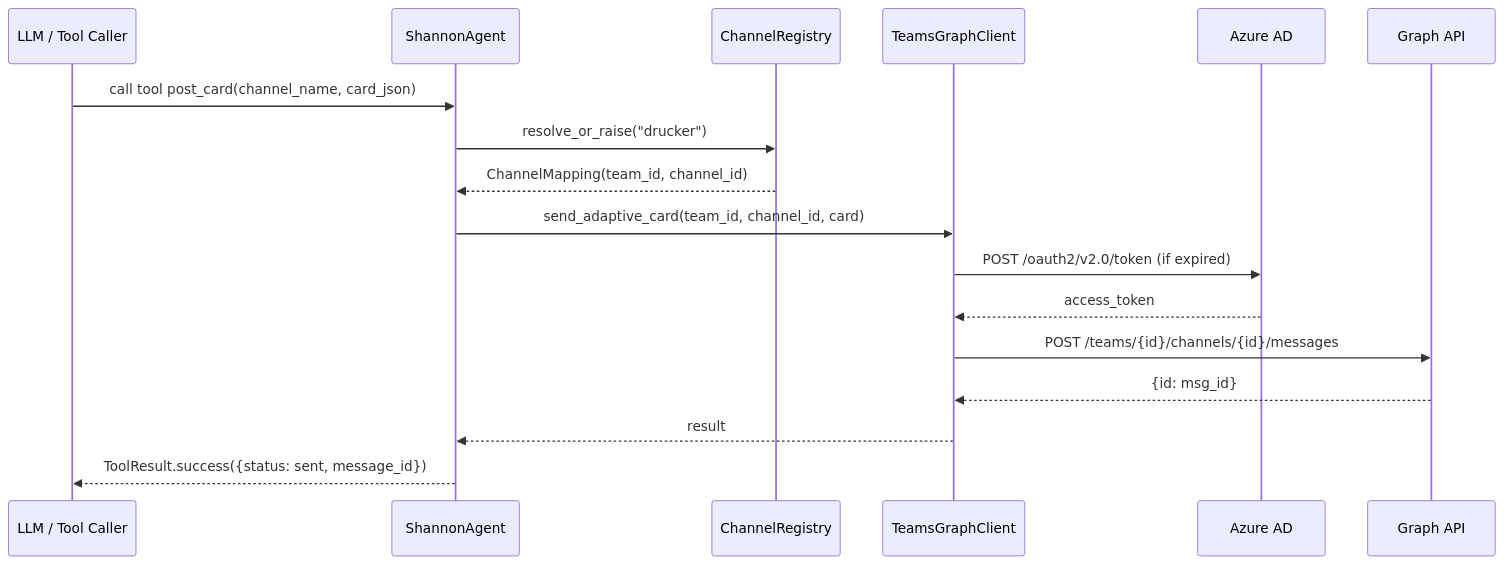
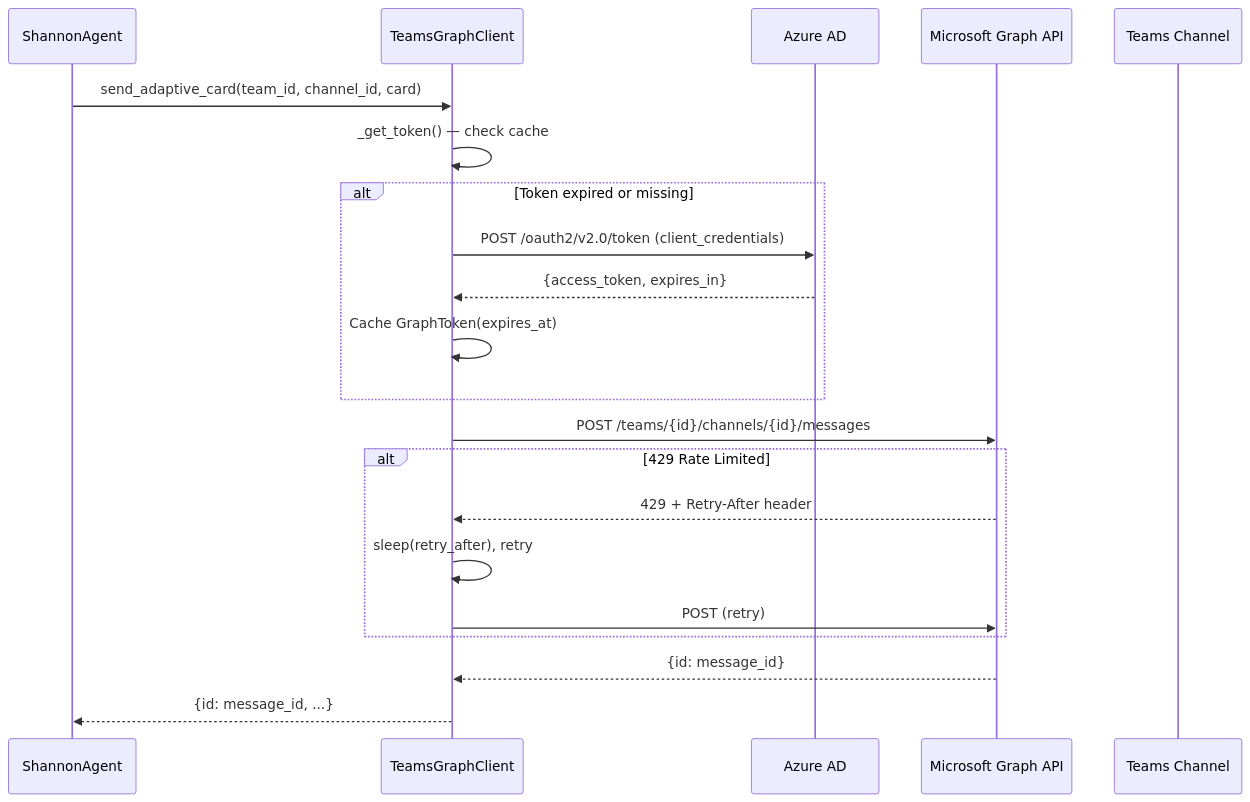
Before and after one commit to jmac-cornelis/agent-workforce: the fourth of 4 diagrams in docs/agents-shannon.md, drawn with Mermaid. The commit also changed other lines of this file and 8 other files, not shown here.

````diff
--- a/docs/agents-shannon.md
+++ b/docs/agents-shannon.md
@@ -154,20 +168,24 @@
 ```mermaid
 sequenceDiagram
-    participant LLM as LLM / Tool Caller
     participant SA as ShannonAgent
-    participant REG as ChannelRegistry
     participant GC as TeamsGraphClient
-    participant AZURE as Azure AD
-    participant GRAPH as Graph API
+    participant AAD as Azure AD
+    participant GRAPH as Microsoft Graph API
+    participant T as Teams Channel
 
-    LLM->>SA: call tool post_card(channel_name, card_json)
-    SA->>REG: resolve_or_raise("drucker")
-    REG-->>SA: ChannelMapping(team_id, channel_id)
     SA->>GC: send_adaptive_card(team_id, channel_id, card)
-    GC->>AZURE: POST /oauth2/v2.0/token (if expired)
-    AZURE-->>GC: access_token
+    GC->>GC: _get_token() — check cache
+    alt Token expired or missing
+        GC->>AAD: POST /oauth2/v2.0/token (client_credentials)
+        AAD-->>GC: {access_token, expires_in}
+        GC->>GC: Cache GraphToken(expires_at)
+    end
     GC->>GRAPH: POST /teams/{id}/channels/{id}/messages
-    GRAPH-->>GC: {id: msg_id}
-    GC-->>SA: result
-    SA-->>LLM: ToolResult.success({status: sent, message_id})
+    alt 429 Rate Limited
+        GRAPH-->>GC: 429 + Retry-After header
+        GC->>GC: sleep(retry_after), retry
+        GC->>GRAPH: POST (retry)
+    end
+    GRAPH-->>GC: {id: message_id}
+    GC-->>SA: {id: message_id, ...}
 ```
````
